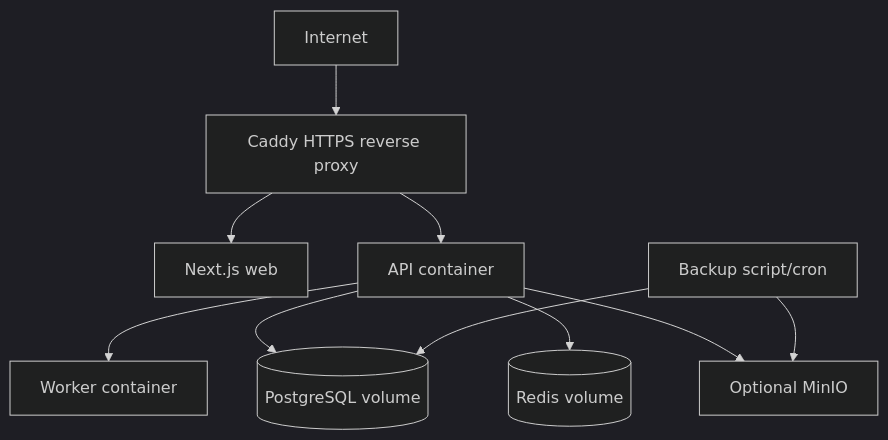
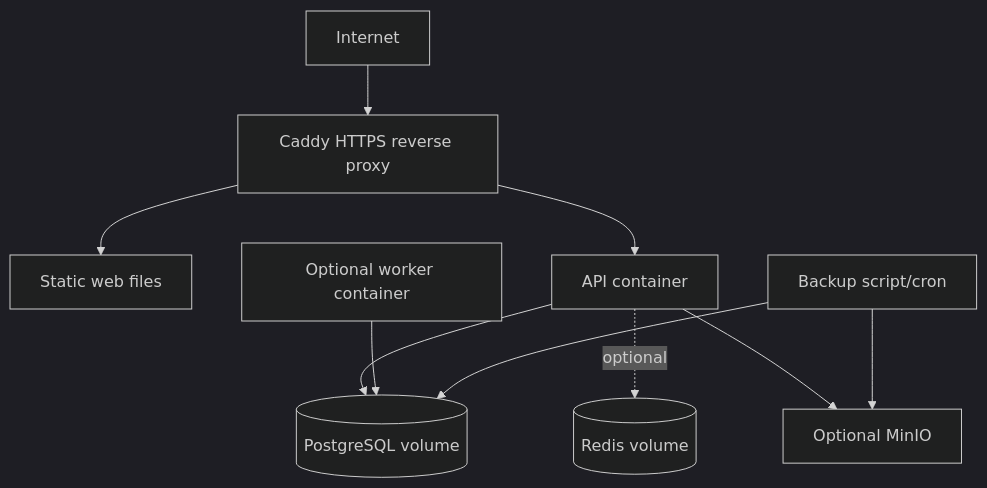
Before and after one commit to atiquehossain/scan_contact_bd: the third of 3 diagrams in docs/ARCHITECTURE.md, drawn with Mermaid (dark theme). The commit also changed other lines of this file and 77 other files, not shown here.

````diff
--- a/docs/ARCHITECTURE.md
+++ b/docs/ARCHITECTURE.md
@@ -33,12 +55,12 @@
 ```mermaid
 flowchart TB
   Internet --> Caddy["Caddy HTTPS reverse proxy"]
-  Caddy --> Web["Next.js web"]
+  Caddy --> Web["Static web files"]
   Caddy --> API["API container"]
-  API --> Worker["Worker container"]
   API --> Postgres[(PostgreSQL volume)]
-  API --> Redis[(Redis volume)]
+  API -. "optional" .-> Redis[(Redis volume)]
+  Worker["Optional worker container"] --> Postgres
   API --> MinIO["Optional MinIO"]
   Cron["Backup script/cron"] --> Postgres
   Cron --> MinIO
 ```
````
